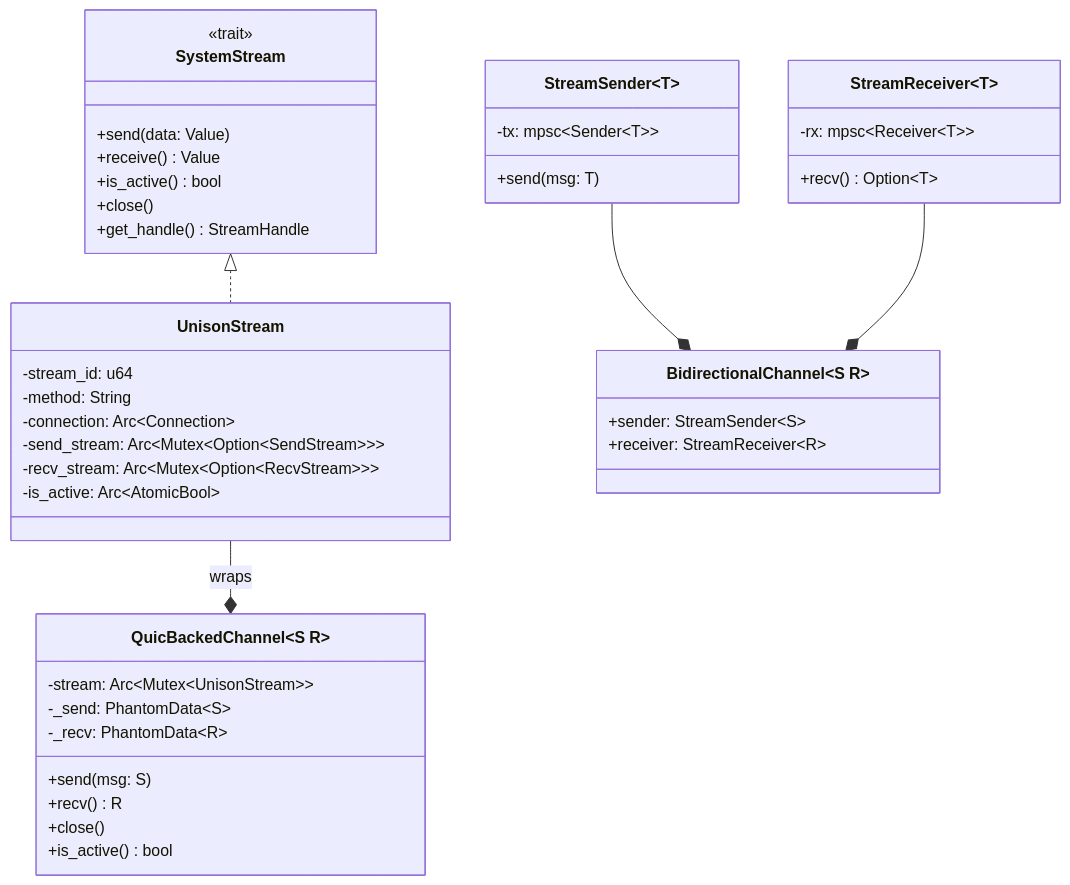
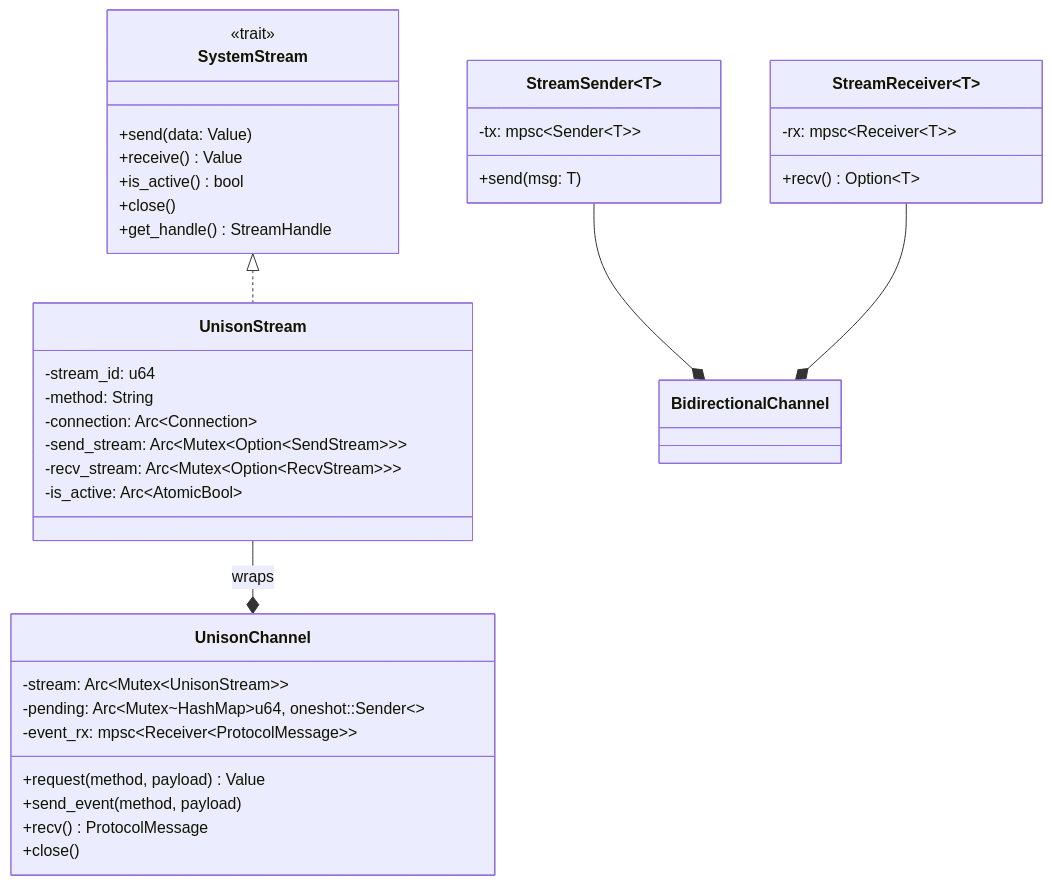
The fourth of 6 diagrams in design/quic-runtime.md (chronista-club/unison), drawn with Mermaid before and after one commit. The commit also changed other lines of this file and 33 other files, not shown here.

````diff
--- a/design/quic-runtime.md
+++ b/design/quic-runtime.md
@@ -310,50 +310,45 @@
 ```mermaid
 classDiagram
     class SystemStream {
         <<trait>>
         +send(data: Value)
         +receive() Value
         +is_active() bool
         +close()
         +get_handle() StreamHandle
     }
 
     class UnisonStream {
         -stream_id: u64
         -method: String
         -connection: Arc~Connection~
         -send_stream: Arc~Mutex~Option~SendStream~~~
         -recv_stream: Arc~Mutex~Option~RecvStream~~~
         -is_active: Arc~AtomicBool~
     }
 
-    class QuicBackedChannel~S R~ {
+    class UnisonChannel {
         -stream: Arc~Mutex~UnisonStream~~
-        -_send: PhantomData~S~
-        -_recv: PhantomData~R~
-        +send(msg: S)
-        +recv() R
+        -pending: Arc~Mutex~HashMap~u64, oneshot::Sender~~
+        -event_rx: mpsc~Receiver~ProtocolMessage~~
+        +request(method, payload) Value
+        +send_event(method, payload)
+        +recv() ProtocolMessage
         +close()
-        +is_active() bool
     }
 
     class StreamSender~T~ {
         -tx: mpsc~Sender~T~~
         +send(msg: T)
     }
 
     class StreamReceiver~T~ {
         -rx: mpsc~Receiver~T~~
         +recv() Option~T~
     }
 
-    class BidirectionalChannel~S R~ {
-        +sender: StreamSender~S~
-        +receiver: StreamReceiver~R~
-    }
-
     SystemStream <|.. UnisonStream
-    UnisonStream --* QuicBackedChannel : wraps
+    UnisonStream --* UnisonChannel : wraps
     StreamSender --* BidirectionalChannel
     StreamReceiver --* BidirectionalChannel
 ```
````
